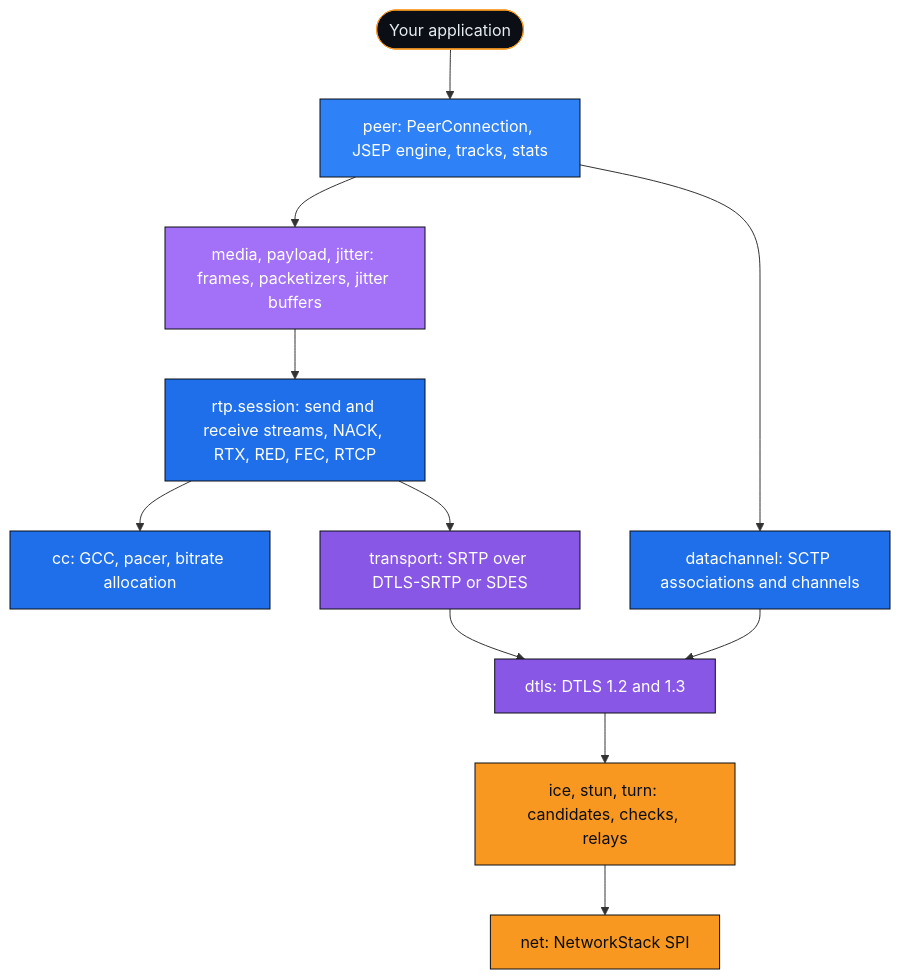
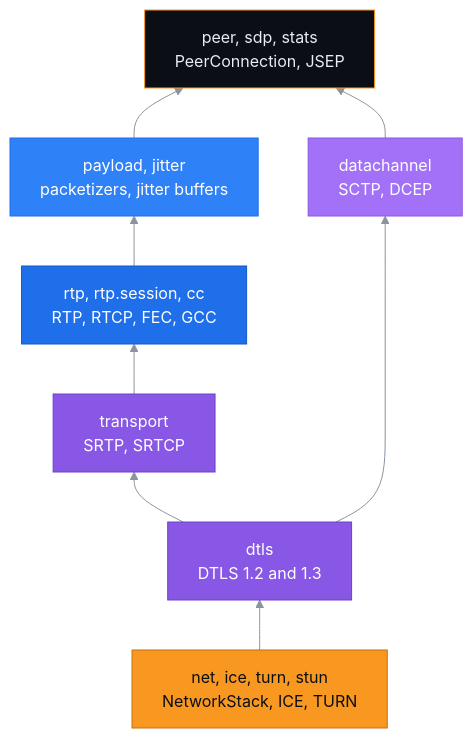
The second of 3 diagrams in README.md (Auties00/Parley), drawn with Mermaid before and after one commit. The commit also changed other lines of this file and 1 other file, not shown here.

````diff
--- a/README.md
+++ b/README.md
@@ -100,27 +326,26 @@
 ```mermaid
-flowchart TB
-    app([Your application]):::app
-    peer[peer: PeerConnection, JSEP engine, tracks, stats]:::api
-    media[media, payload, jitter: frames, packetizers, jitter buffers]:::media
-    rtp[rtp.session: send and receive streams, NACK, RTX, RED, FEC, RTCP]:::rtp
-    cc[cc: GCC, pacer, bitrate allocation]:::rtp
-    dc[datachannel: SCTP associations and channels]:::rtp
-    srtp[transport: SRTP over DTLS-SRTP or SDES]:::sec
-    dtls[dtls: DTLS 1.2 and 1.3]:::sec
-    ice[ice, stun, turn: candidates, checks, relays]:::net
-    net[net: NetworkStack SPI]:::net
+%%{init: {"theme": "base", "themeVariables": {"lineColor": "#8b949e"}}}%%
+flowchart BT
+    net["net, ice, turn, stun<br/>NetworkStack, ICE, TURN"]:::net
+    dtls["dtls<br/>DTLS 1.2 and 1.3"]:::sec
+    srtp["transport<br/>SRTP, SRTCP"]:::sec
+    sctp["datachannel<br/>SCTP, DCEP"]:::data
+    rtp["rtp, rtp.session, cc<br/>RTP, RTCP, FEC, GCC"]:::rtp
+    payload["payload, jitter<br/>packetizers, jitter buffers"]:::media
+    peer["peer, sdp, stats<br/>PeerConnection, JSEP"]:::api
 
-    app --> peer
-    peer --> media --> rtp
-    rtp --> cc
-    rtp --> srtp --> dtls
-    peer --> dc --> dtls
-    dtls --> ice --> net
+    net --> dtls
+    dtls --> srtp
+    dtls --> sctp
+    srtp --> rtp
+    rtp --> payload
+    payload --> peer
+    sctp --> peer
 
-    classDef app fill:#0b0e14,stroke:#f89820,color:#e6edf3
-    classDef api fill:#2f81f7,stroke:#0b0e14,color:#ffffff
-    classDef media fill:#a371f7,stroke:#0b0e14,color:#ffffff
-    classDef rtp fill:#1f6feb,stroke:#0b0e14,color:#ffffff
-    classDef sec fill:#8957e5,stroke:#0b0e14,color:#ffffff
-    classDef net fill:#f89820,stroke:#0b0e14,color:#0b0e14
+    classDef net fill:#f89820,stroke:#c46f0a,color:#0b0e14
+    classDef sec fill:#8957e5,stroke:#6e40c9,color:#ffffff
+    classDef data fill:#a371f7,stroke:#8957e5,color:#ffffff
+    classDef rtp fill:#1f6feb,stroke:#1158c7,color:#ffffff
+    classDef media fill:#2f81f7,stroke:#1f6feb,color:#ffffff
+    classDef api fill:#0b0e14,stroke:#f89820,color:#e6edf3
 ```
````
